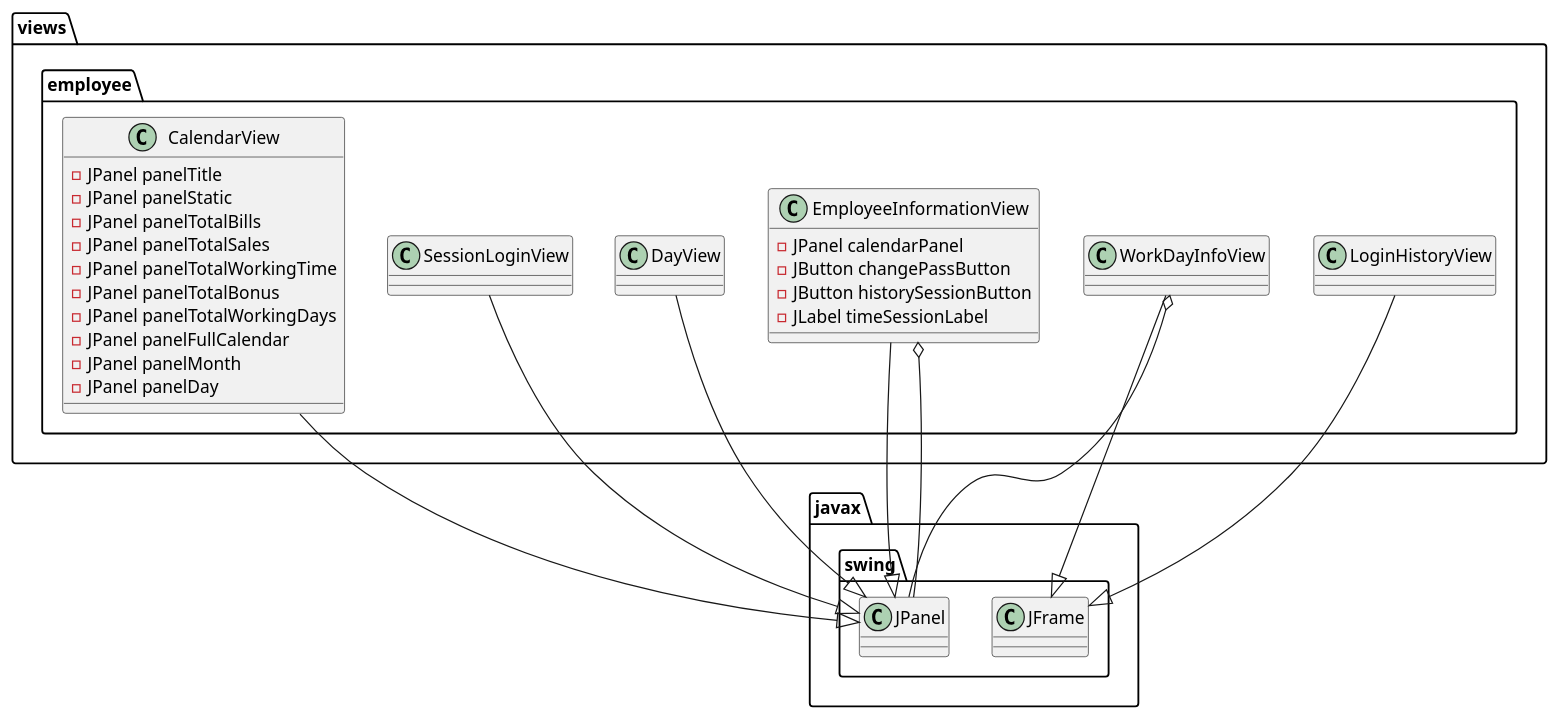
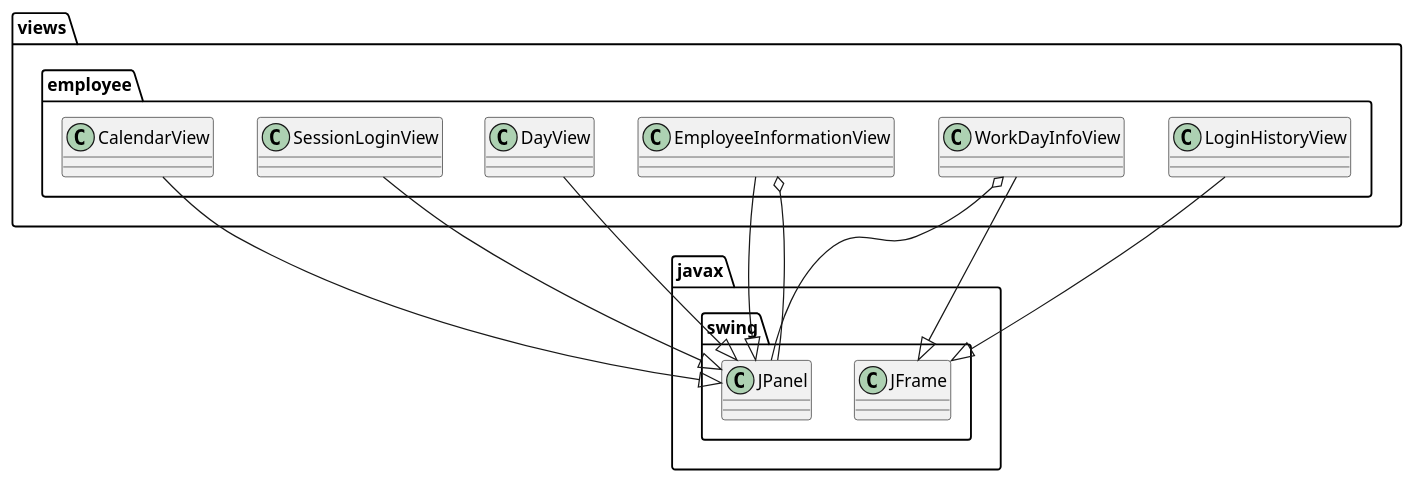
The diagram in report/diagrams/view_employee_class_diagram.puml (PTIT-D22KH/milktea_sales_management_project), drawn with PlantUML before and after one commit. The commit also changed 60 other files, not shown here.

```diff
--- a/report/diagrams/view_employee_class_diagram.puml
+++ b/report/diagrams/view_employee_class_diagram.puml
@@ -1,43 +1,29 @@
 @startuml
 package views.employee {
     class EmployeeInformationView {
-        - JPanel calendarPanel
-        - JButton changePassButton
-        - JButton historySessionButton
-        - JLabel timeSessionLabel
     }
 
     class WorkDayInfoView 
     class LoginHistoryView
     class DayView
     class SessionLoginView
     class CalendarView{
-        - JPanel panelTitle
-        - JPanel panelStatic
-        - JPanel panelTotalBills
-        - JPanel panelTotalSales
-        - JPanel panelTotalWorkingTime
-        - JPanel panelTotalBonus
-        - JPanel panelTotalWorkingDays
-        - JPanel panelFullCalendar
-        - JPanel panelMonth
-        - JPanel panelDay
     }
 }
 
 class javax.swing.JPanel
 
 views.employee.EmployeeInformationView --|> javax.swing.JPanel
 views.employee.WorkDayInfoView --|> javax.swing.JFrame
 views.employee.LoginHistoryView --|> javax.swing.JFrame
 views.employee.SessionLoginView --|> javax.swing.JPanel
 views.employee.DayView --|> javax.swing.JPanel
 views.employee.CalendarView --|> javax.swing.JPanel
 
 
 
 
 views.employee.EmployeeInformationView o-- javax.swing.JPanel
 
 views.employee.WorkDayInfoView o-- javax.swing.JPanel
 @enduml
```
